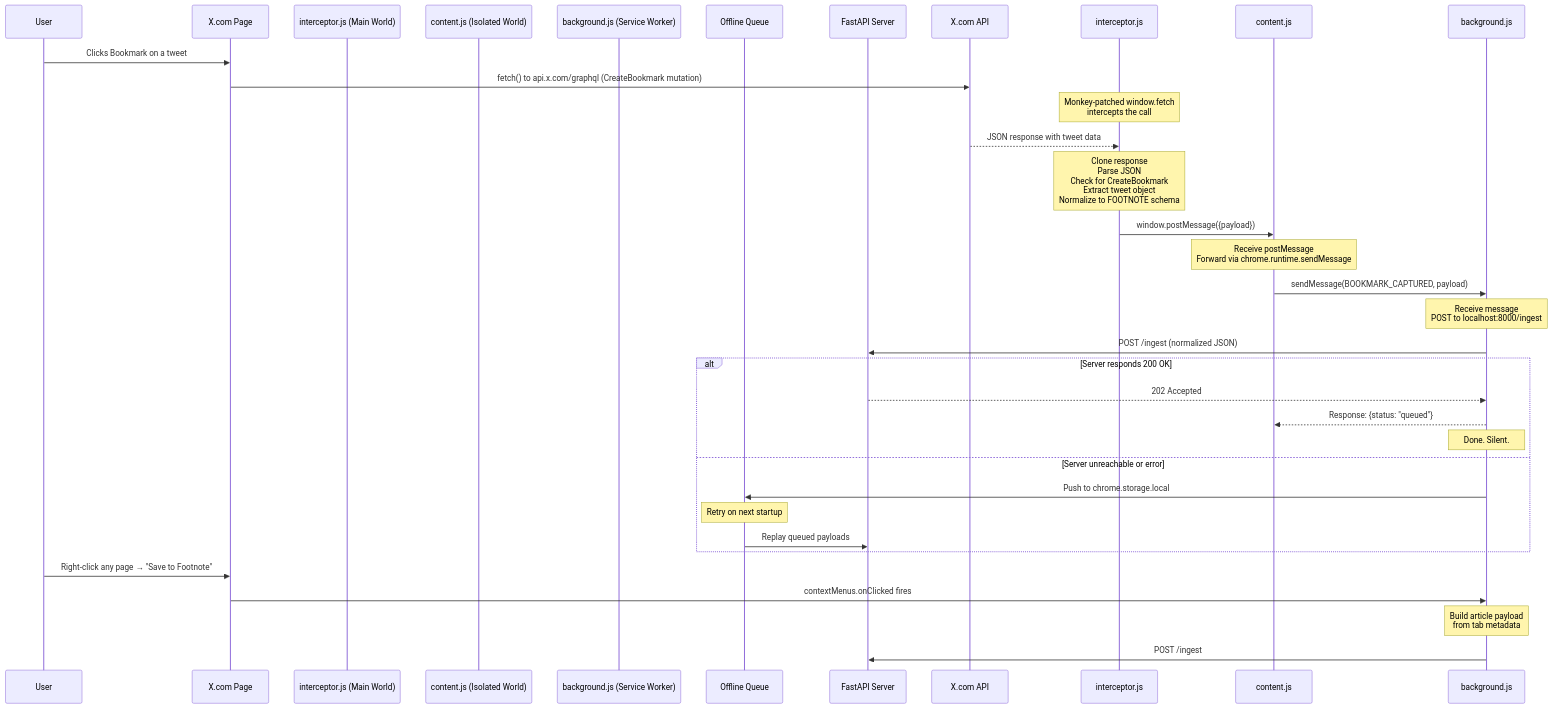
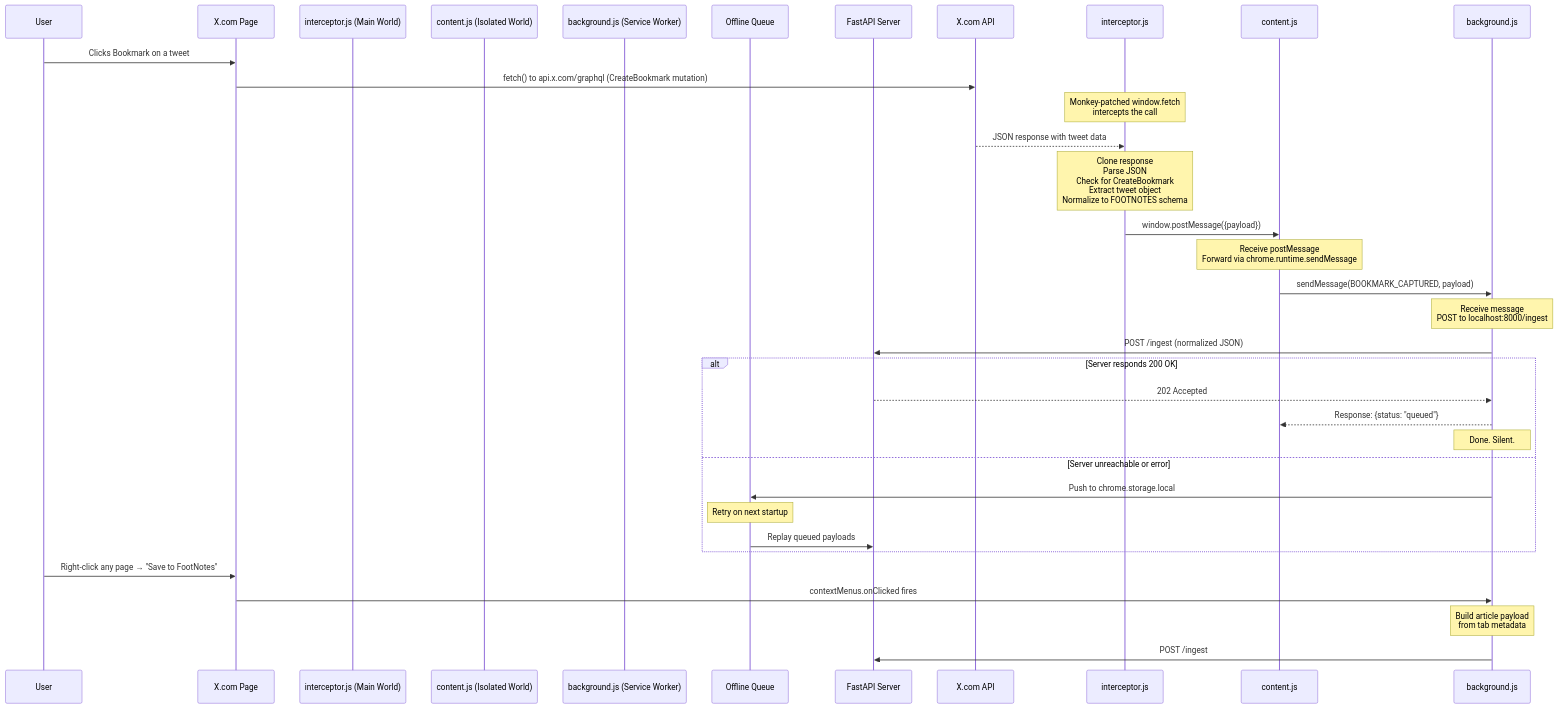
The diagram in extension-docs.md (NishthaNabya/FootNotes), drawn with Mermaid before and after one commit. The commit also changed other lines of this file and 35 other files, not shown here.

Commit message:
Rename product to FootNotes

````diff
--- a/extension-docs.md
+++ b/extension-docs.md
@@ -57,42 +57,42 @@
 ```mermaid
 sequenceDiagram
     participant User
     participant X.com Page
     participant interceptor.js (Main World)
     participant content.js (Isolated World)
     participant background.js (Service Worker)
     participant Offline Queue
     participant FastAPI Server
 
     User->>X.com Page: Clicks Bookmark on a tweet
     X.com Page->>X.com API: fetch() to api.x.com/graphql (CreateBookmark mutation)
 
     Note over interceptor.js: Monkey-patched window.fetch<br/>intercepts the call
 
     X.com API-->>interceptor.js: JSON response with tweet data
-    Note over interceptor.js: Clone response<br/>Parse JSON<br/>Check for CreateBookmark<br/>Extract tweet object<br/>Normalize to FOOTNOTE schema
+    Note over interceptor.js: Clone response<br/>Parse JSON<br/>Check for CreateBookmark<br/>Extract tweet object<br/>Normalize to FOOTNOTES schema
     interceptor.js->>content.js: window.postMessage({payload})
 
     Note over content.js: Receive postMessage<br/>Forward via chrome.runtime.sendMessage
 
     content.js->>background.js: sendMessage(BOOKMARK_CAPTURED, payload)
 
     Note over background.js: Receive message<br/>POST to localhost:8000/ingest
 
     background.js->>FastAPI Server: POST /ingest (normalized JSON)
 
     alt Server responds 200 OK
         FastAPI Server-->>background.js: 202 Accepted
         background.js-->>content.js: Response: {status: "queued"}
         Note over background.js: Done. Silent.
     else Server unreachable or error
         background.js->>Offline Queue: Push to chrome.storage.local
         Note over Offline Queue: Retry on next startup
         Offline Queue->>FastAPI Server: Replay queued payloads
     end
 
-    User->>X.com Page: Right-click any page → "Save to Footnote"
+    User->>X.com Page: Right-click any page → "Save to FootNotes"
     X.com Page->>background.js: contextMenus.onClicked fires
     Note over background.js: Build article payload<br/>from tab metadata
     background.js->>FastAPI Server: POST /ingest
 ```
````
